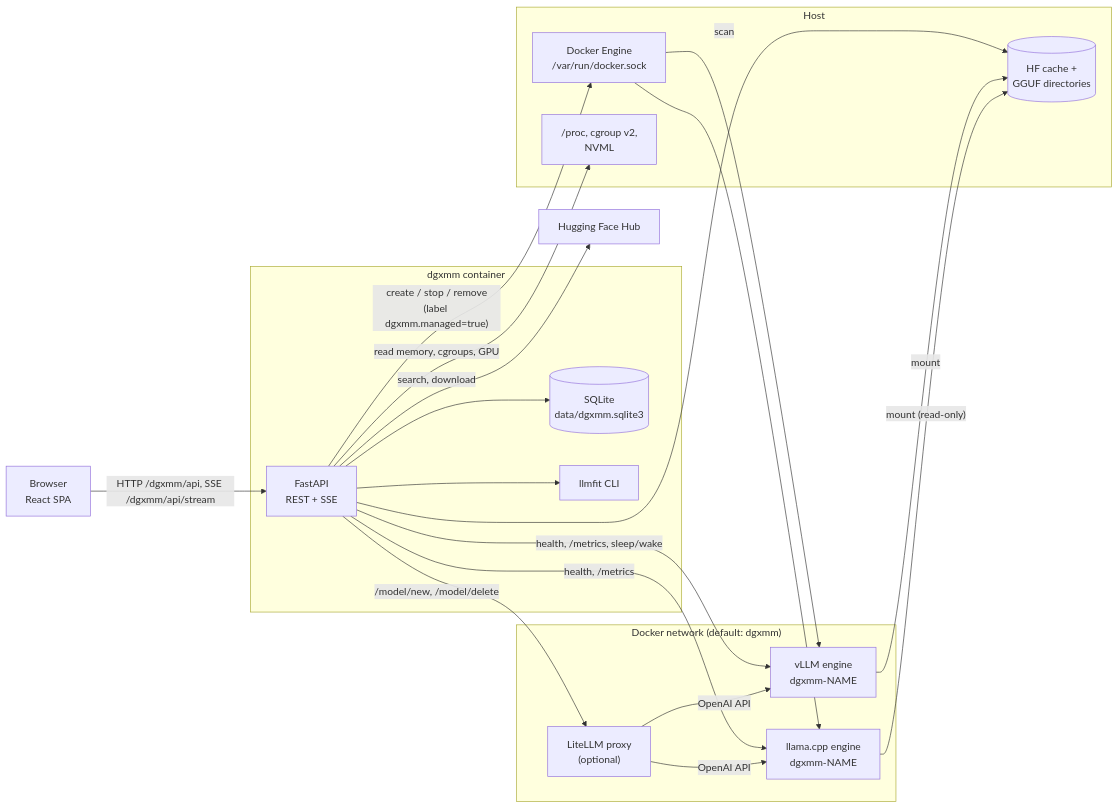
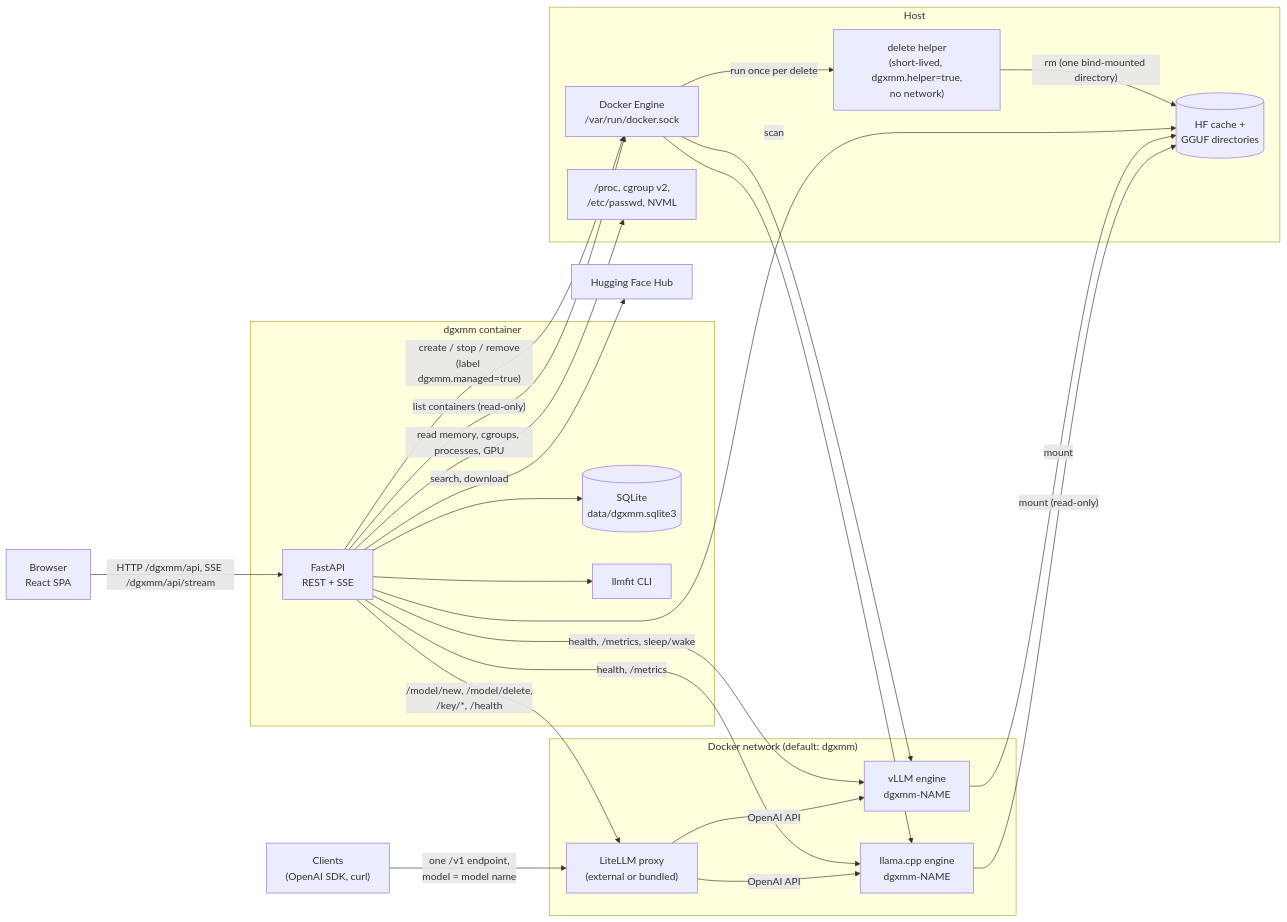
Before and after one commit to nikghodki/dgxmodelmanager: the first of 3 diagrams in docs/architecture.md, drawn with Mermaid. The commit also changed other lines of this file and 5 other files, not shown here.

First line of the commit message:
docs: weights deletion, single LiteLLM endpoint and virtual keys, processes

````diff
--- a/docs/architecture.md
+++ b/docs/architecture.md
@@ -23,37 +26,43 @@
 ```mermaid
 flowchart LR
   browser["Browser<br/>React SPA"]
   subgraph dgxmm["dgxmm container"]
     api["FastAPI<br/>REST + SSE"]
     db[("SQLite<br/>data/dgxmm.sqlite3")]
     llmfit["llmfit CLI"]
   end
   subgraph host["Host"]
     docker["Docker Engine<br/>/var/run/docker.sock"]
-    probes["/proc, cgroup v2,<br/>NVML"]
+    probes["/proc, cgroup v2,<br/>/etc/passwd, NVML"]
     disk[("HF cache +<br/>GGUF directories")]
+    helper["delete helper<br/>(short-lived, dgxmm.helper=true,<br/>no network)"]
   end
   subgraph net["Docker network (default: dgxmm)"]
     vllm["vLLM engine<br/>dgxmm-NAME"]
     llama["llama.cpp engine<br/>dgxmm-NAME"]
-    litellm["LiteLLM proxy<br/>(optional)"]
+    litellm["LiteLLM proxy<br/>(external or bundled)"]
   end
+  clients["Clients<br/>(OpenAI SDK, curl)"]
   hub["Hugging Face Hub"]
 
   browser -- "HTTP /dgxmm/api, SSE /dgxmm/api/stream" --> api
   api --> db
   api --> llmfit
   api -- "create / stop / remove<br/>(label dgxmm.managed=true)" --> docker
+  api -- "list containers (read-only)" --> docker
   docker --> vllm
   docker --> llama
-  api -- "read memory, cgroups, GPU" --> probes
+  docker -- "run once per delete" --> helper
+  helper -- "rm (one bind-mounted directory)" --> disk
+  api -- "read memory, cgroups, processes, GPU" --> probes
   api -- "scan" --> disk
   vllm -- "mount" --> disk
   llama -- "mount (read-only)" --> disk
   api -- "health, /metrics, sleep/wake" --> vllm
   api -- "health, /metrics" --> llama
-  api -- "/model/new, /model/delete" --> litellm
+  api -- "/model/new, /model/delete,<br/>/key/*, /health" --> litellm
+  clients -- "one /v1 endpoint,<br/>model = model name" --> litellm
   litellm -- "OpenAI API" --> vllm
   litellm -- "OpenAI API" --> llama
   api -- "search, download" --> hub
 ```
````
